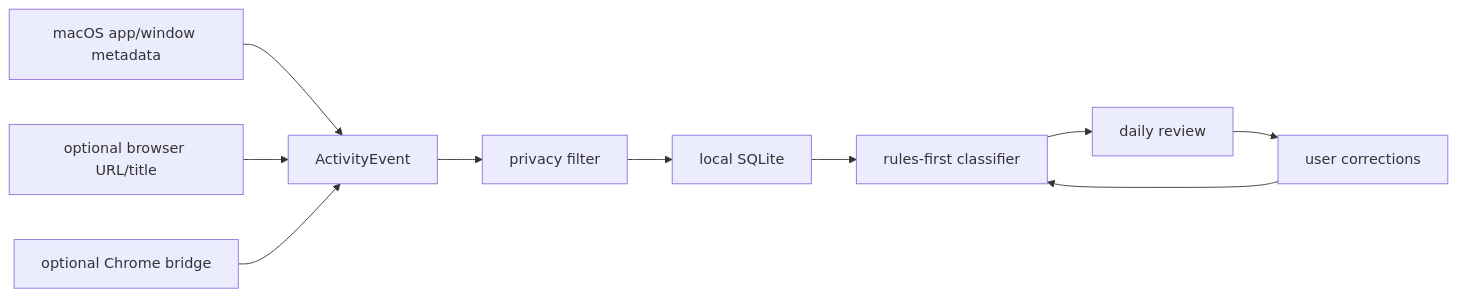
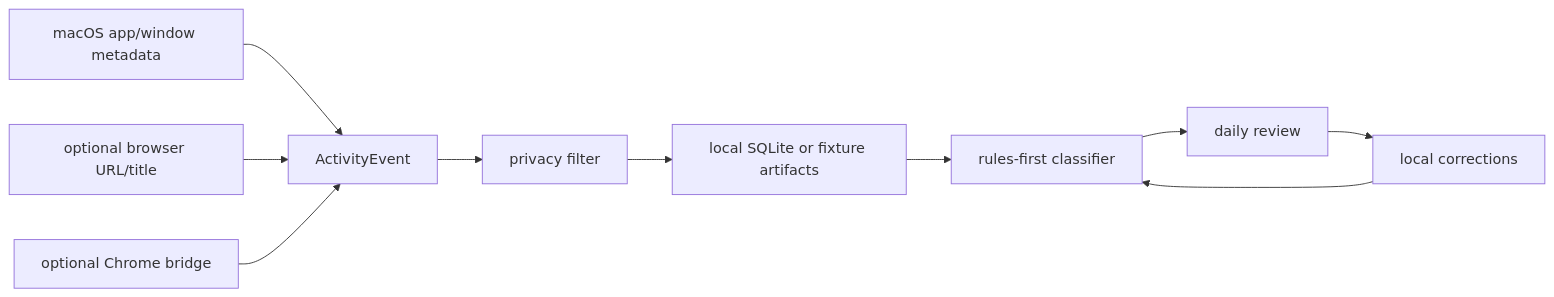
Before and after one commit to krishnangopal1810/intent-os: the diagram in README.md, drawn with Mermaid. The commit also changed other lines of this file and 4 other files, not shown here.

````diff
--- a/README.md
+++ b/README.md
@@ -154,12 +151,12 @@
 ```mermaid
 flowchart LR
   A["macOS app/window metadata"] --> B["ActivityEvent"]
   C["optional browser URL/title"] --> B
   D["optional Chrome bridge"] --> B
   B --> E["privacy filter"]
-  E --> F["local SQLite"]
+  E --> F["local SQLite or fixture artifacts"]
   F --> G["rules-first classifier"]
   G --> H["daily review"]
-  H --> I["user corrections"]
+  H --> I["local corrections"]
   I --> G
 ```
````
